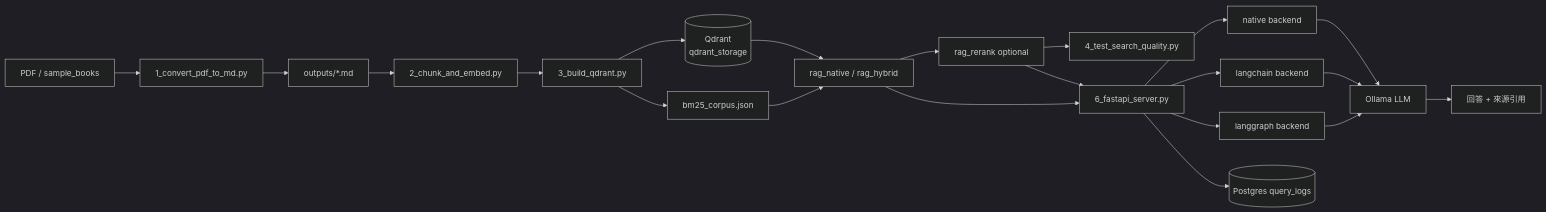
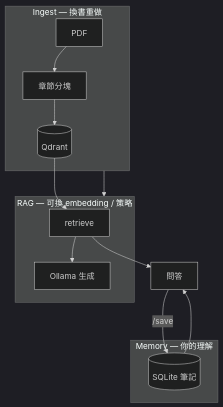
Before and after one commit to yu2C/book-spirit: the diagram in README.md, drawn with Mermaid (dark theme). The commit also changed other lines of this file and 54 other files, not shown here.

````diff
--- a/README.md
+++ b/README.md
@@ -35,23 +36,17 @@
 ```mermaid
-flowchart LR
-    PDF[PDF / sample_books] --> S1[1_convert_pdf_to_md.py]
-    S1 --> MD[outputs/*.md]
-    MD --> S2[2_chunk_and_embed.py]
-    S2 --> S3[3_build_qdrant.py]
-    S3 --> Qdrant[(Qdrant\nqdrant_storage)]
-    S3 --> BM25[bm25_corpus.json]
-    Qdrant --> Retrieve[rag_native / rag_hybrid]
-    BM25 --> Retrieve
-    Retrieve --> Rerank[rag_rerank optional]
-    Rerank --> S4[4_test_search_quality.py]
-    Rerank --> API[6_fastapi_server.py]
-    Retrieve --> API
-    API --> Native[native backend]
-    API --> LC[langchain backend]
-    API --> LG[langgraph backend]
-    Native --> Ollama[Ollama LLM]
-    LC --> Ollama
-    LG --> Ollama
-    Ollama --> Answer[回答 + 來源引用]
-    API --> PG[(Postgres query_logs)]
+flowchart TB
+    subgraph ingest [Ingest — 換書重做]
+        PDF[PDF] --> Chunk[章節分塊] --> Qdrant[(Qdrant)]
+    end
+    subgraph rag [RAG — 可換 embedding / 策略]
+        Qdrant --> Retrieve[retrieve]
+        Retrieve --> Ollama[Ollama 生成]
+    end
+    subgraph memory [Memory — 你的理解]
+        SQLite[(SQLite 筆記)]
+    end
+    ingest --> rag
+    SQLite --> Chat[問答]
+    Retrieve --> Chat
+    Chat -->|/save| SQLite
 ```
````
